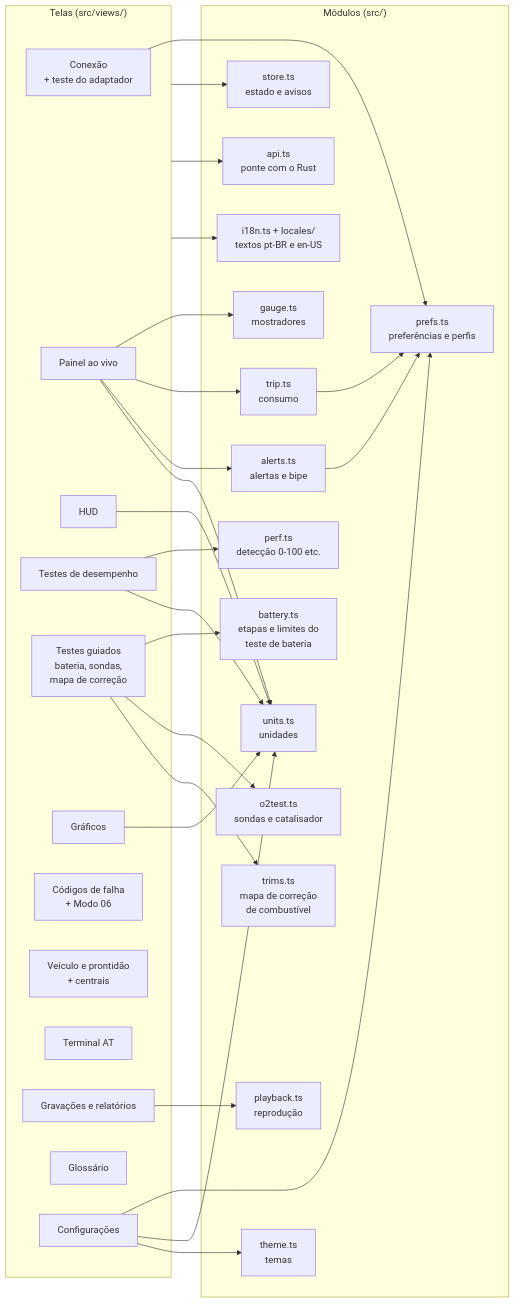
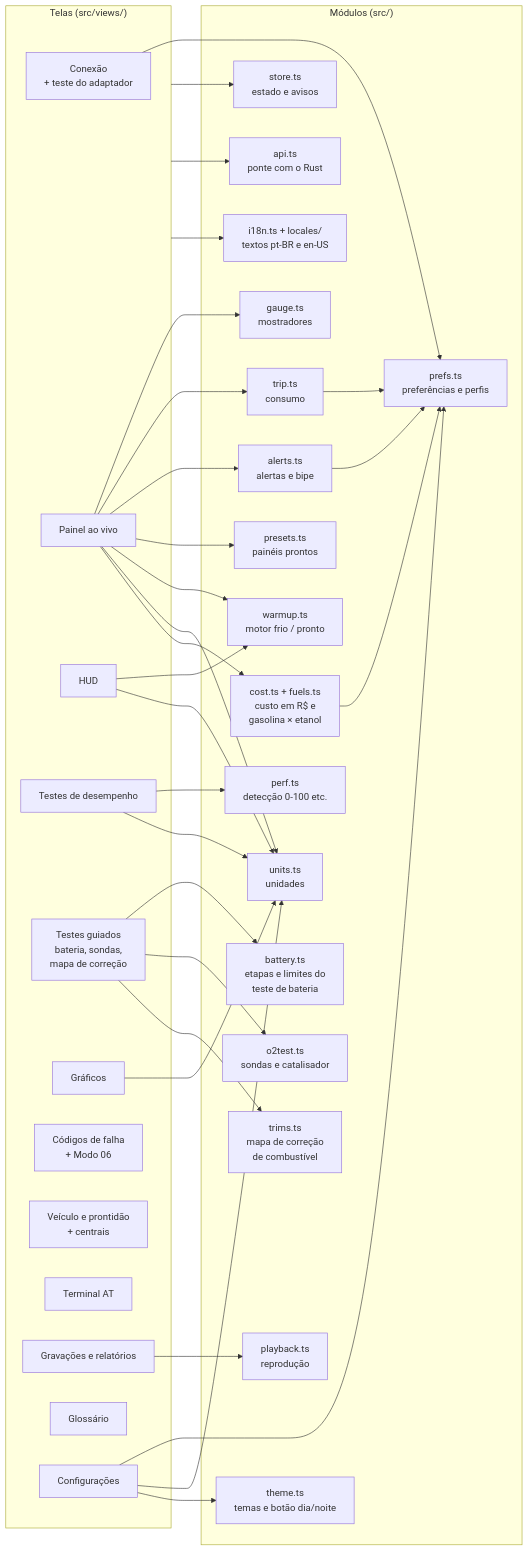
Before and after one commit to samuvieceli/obd2-scanner: the eighth of 12 diagrams in docs/DIAGRAMAS.md, drawn with Mermaid. The commit also changed 20 other files, not shown here.

First line of the commit message:
Painéis prontos, dia/noite, motor pronto, primeiros passos e custo da viagem (#12)

````diff
--- a/docs/DIAGRAMAS.md
+++ b/docs/DIAGRAMAS.md
@@ -200,44 +200,50 @@
 ```mermaid
 flowchart LR
     subgraph telas["Telas (src/views/)"]
         connection["Conexão<br/>+ teste do adaptador"]
         dashboard["Painel ao vivo"]
         hud["HUD"]
         performance["Testes de desempenho"]
         guided["Testes guiados<br/>bateria, sondas,<br/>mapa de correção"]
         charts["Gráficos"]
         diagnostics["Códigos de falha<br/>+ Modo 06"]
         vehicle["Veículo e prontidão<br/>+ centrais"]
         terminal["Terminal AT"]
         sessions["Gravações e relatórios"]
         glossary["Glossário"]
         settings["Configurações"]
     end
     subgraph modulos["Módulos (src/)"]
         store["store.ts<br/>estado e avisos"]
         api["api.ts<br/>ponte com o Rust"]
         trip["trip.ts<br/>consumo"]
+        cost["cost.ts + fuels.ts<br/>custo em R$ e<br/>gasolina × etanol"]
         perf["perf.ts<br/>detecção 0-100 etc."]
         battery["battery.ts<br/>etapas e limites do<br/>teste de bateria"]
         o2test["o2test.ts<br/>sondas e catalisador"]
         trims["trims.ts<br/>mapa de correção<br/>de combustível"]
         alerts["alerts.ts<br/>alertas e bipe"]
         playback["playback.ts<br/>reprodução"]
         prefs["prefs.ts<br/>preferências e perfis"]
         units["units.ts<br/>unidades"]
         gauge["gauge.ts<br/>mostradores"]
-        theme["theme.ts<br/>temas"]
+        theme["theme.ts<br/>temas e botão dia/noite"]
+        presets["presets.ts<br/>painéis prontos"]
+        warmup["warmup.ts<br/>motor frio / pronto"]
         i18n["i18n.ts + locales/<br/>textos pt-BR e en-US"]
     end
-    dashboard --> gauge & trip & alerts
+    dashboard --> gauge & trip & alerts & presets & warmup
+    hud --> warmup
     performance --> perf
     guided --> battery & o2test & trims
     sessions --> playback
     settings --> prefs & units & theme
     connection --> prefs
     dashboard & hud & charts & performance --> units
     telas --> store
     telas --> api
     telas --> i18n
     trip & alerts --> prefs
+    dashboard --> cost
+    cost --> prefs
 ```
````
